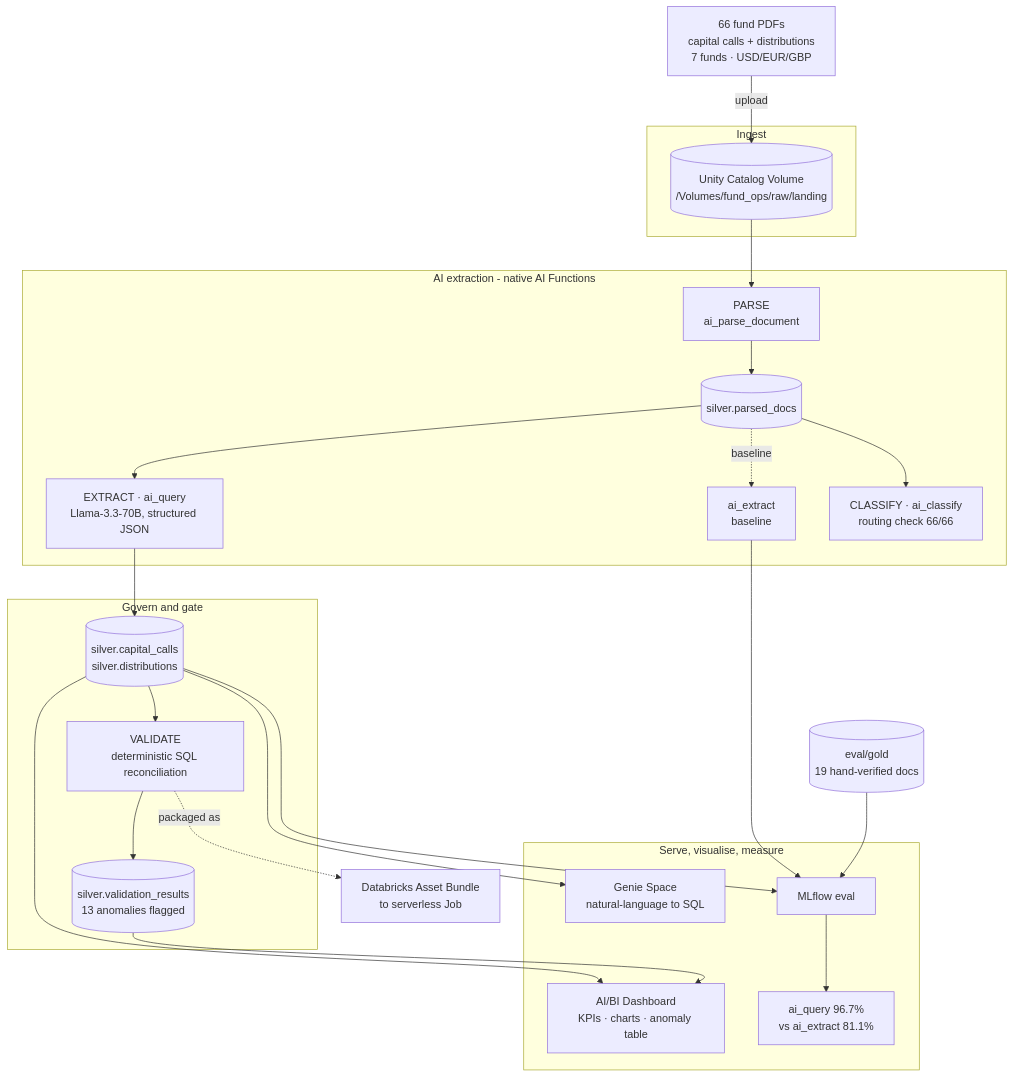
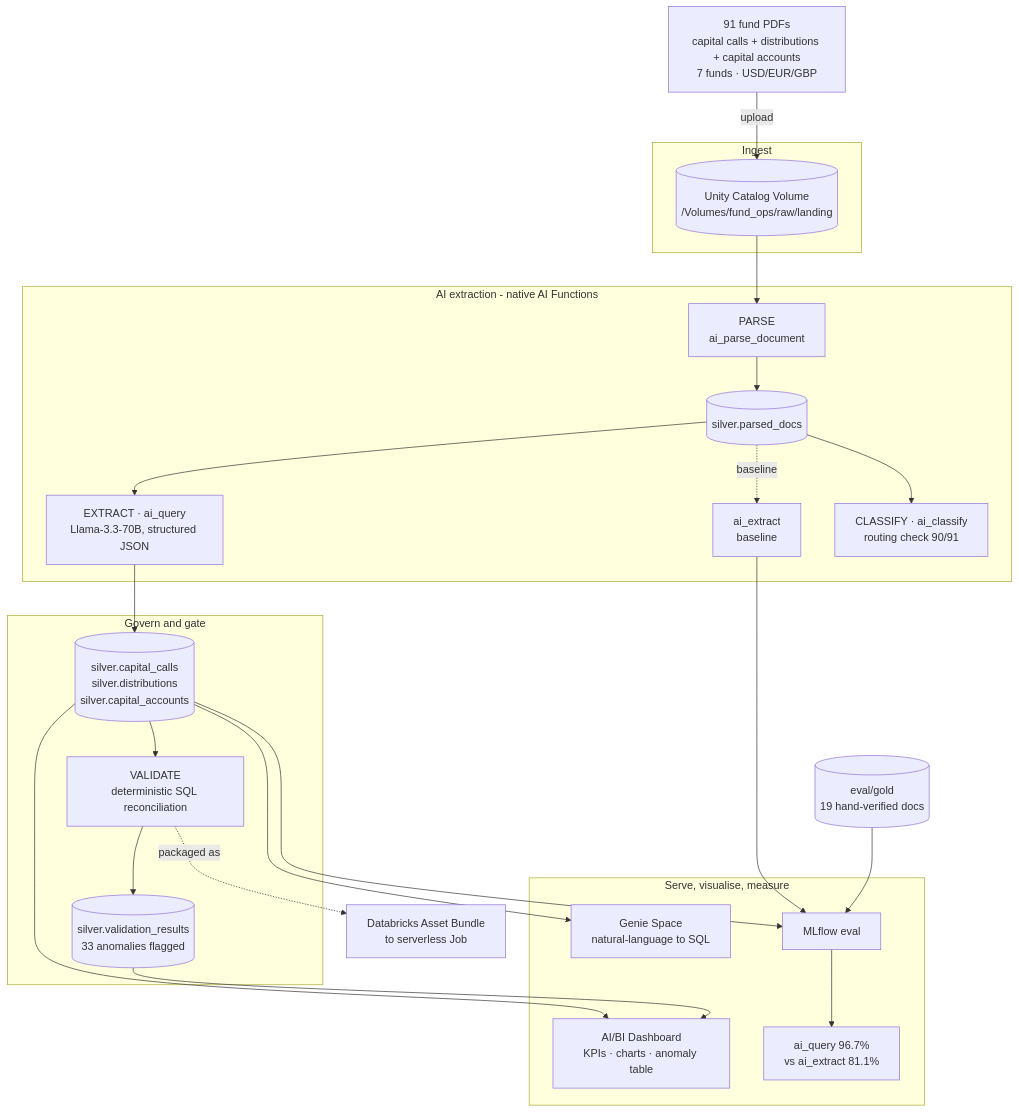
Before and after one commit to davendra/agentic-fund-ops: the first of 6 diagrams in docs/architecture.md, drawn with Mermaid. The commit also changed other lines of this file and 52 other files, not shown here.

````diff
--- a/docs/architecture.md
+++ b/docs/architecture.md
@@ -9,48 +11,48 @@
 ```mermaid
 flowchart TD
-    PDF["66 fund PDFs<br/>capital calls + distributions<br/>7 funds · USD/EUR/GBP"]
+    PDF["91 fund PDFs<br/>capital calls + distributions + capital accounts<br/>7 funds · USD/EUR/GBP"]
 
     subgraph ingest["Ingest"]
         VOL[("Unity Catalog Volume<br/>/Volumes/fund_ops/raw/landing")]
     end
 
     subgraph extract["AI extraction - native AI Functions"]
         PARSE["PARSE<br/>ai_parse_document"]
         PARSED[("silver.parsed_docs")]
         EXTRACT["EXTRACT · ai_query<br/>Llama-3.3-70B, structured JSON"]
         BASELINE["ai_extract<br/>baseline"]
-        CLASSIFY["CLASSIFY · ai_classify<br/>routing check 66/66"]
+        CLASSIFY["CLASSIFY · ai_classify<br/>routing check 90/91"]
     end
 
     subgraph trust["Govern and gate"]
-        SILVER[("silver.capital_calls<br/>silver.distributions")]
+        SILVER[("silver.capital_calls<br/>silver.distributions<br/>silver.capital_accounts")]
         VALIDATE["VALIDATE<br/>deterministic SQL reconciliation"]
-        VR[("silver.validation_results<br/>13 anomalies flagged")]
+        VR[("silver.validation_results<br/>33 anomalies flagged")]
     end
 
     subgraph serve["Serve, visualise, measure"]
         GENIE["Genie Space<br/>natural-language to SQL"]
         DASH["AI/BI Dashboard<br/>KPIs · charts · anomaly table"]
         EVAL["MLflow eval"]
         METRIC["ai_query 96.7%<br/>vs ai_extract 81.1%"]
     end
 
     GOLD[("eval/gold<br/>19 hand-verified docs")]
     DAB["Databricks Asset Bundle<br/>to serverless Job"]
 
     PDF -->|upload| VOL
     VOL --> PARSE --> PARSED
     PARSED --> EXTRACT
     PARSED -. baseline .-> BASELINE
     PARSED --> CLASSIFY
     EXTRACT --> SILVER
     SILVER --> VALIDATE --> VR
     SILVER --> GENIE
     SILVER --> DASH
     VR --> DASH
     SILVER --> EVAL
     BASELINE --> EVAL
     GOLD --> EVAL
     EVAL --> METRIC
     VALIDATE -. packaged as .-> DAB
 ```
````
